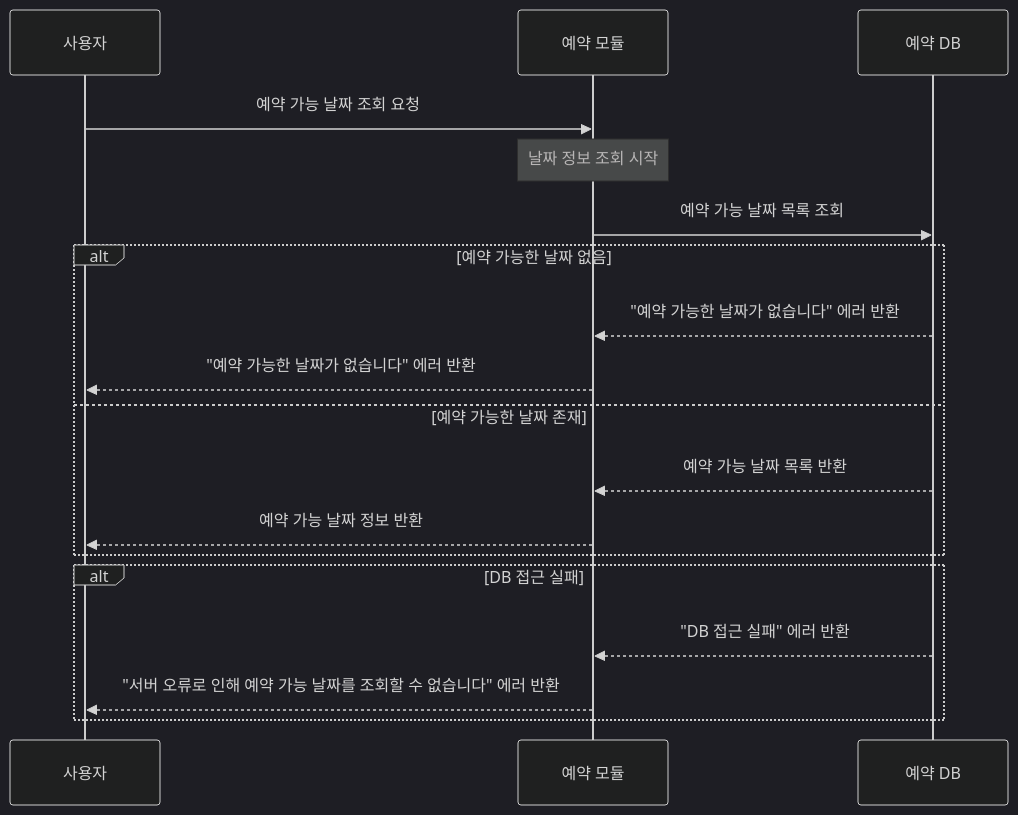
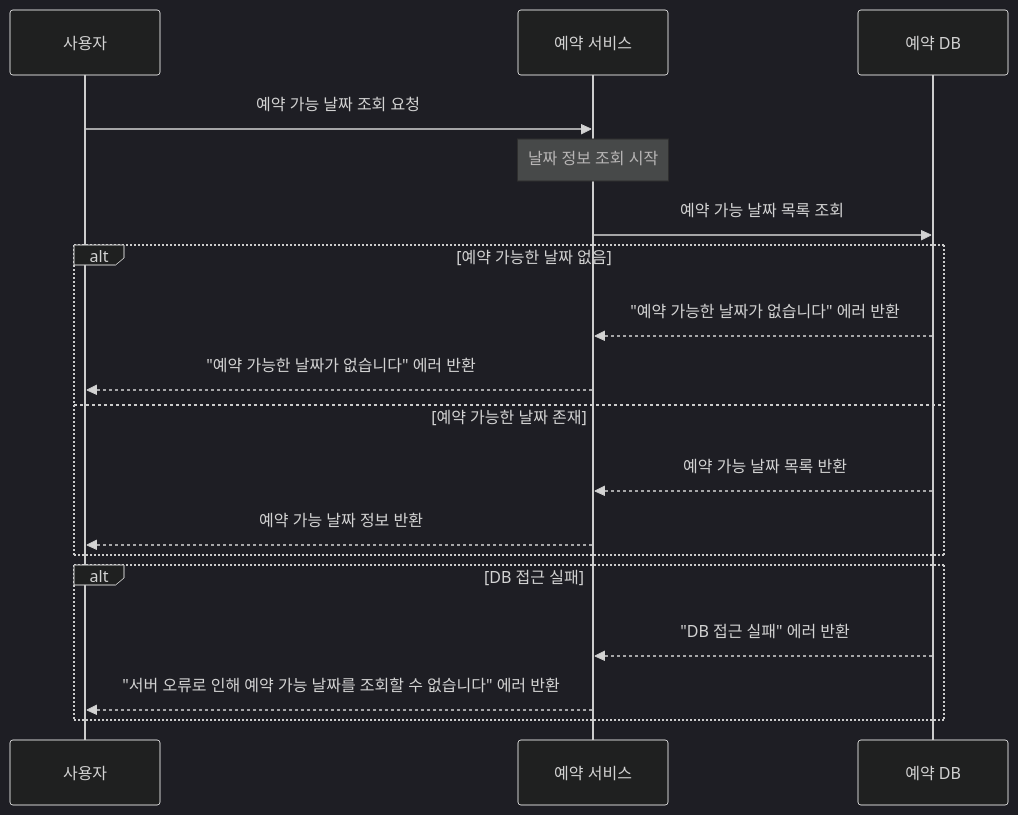
The second of 14 diagrams in README.md (SooLee99/hhplus-concert-reservation-service), drawn with Mermaid (dark theme) before and after one commit. The commit also changed other lines of this file, not shown here.

````diff
--- a/README.md
+++ b/README.md
@@ -81,28 +81,28 @@
 ```mermaid
   sequenceDiagram
   participant User as 사용자
-  participant ReservationServer as 예약 모듈
+  participant ReservationServer as 예약 서비스
   participant ReservationDB as 예약 DB
   
   %% 1️⃣ 예약 가능 날짜 조회 API
   User->>ReservationServer: 예약 가능 날짜 조회 요청
   Note over ReservationServer: 날짜 정보 조회 시작
   
   %% 예약 가능 날짜 조회 로직
   ReservationServer->>ReservationDB: 예약 가능 날짜 목록 조회
   alt 예약 가능한 날짜 없음
   %% 예약 가능한 날짜가 없는 경우
   ReservationDB-->>ReservationServer: "예약 가능한 날짜가 없습니다" 에러 반환
   ReservationServer-->>User: "예약 가능한 날짜가 없습니다" 에러 반환
   else 예약 가능한 날짜 존재
   %% 예약 가능한 날짜가 존재하는 경우
   ReservationDB-->>ReservationServer: 예약 가능 날짜 목록 반환
   ReservationServer-->>User: 예약 가능 날짜 정보 반환
   end
 
   %% 예약 가능 날짜 조회 중 DB 접근 실패 시 처리
   alt DB 접근 실패
   ReservationDB-->>ReservationServer: "DB 접근 실패" 에러 반환
   ReservationServer-->>User: "서버 오류로 인해 예약 가능 날짜를 조회할 수 없습니다" 에러 반환
   end
 ```
````
